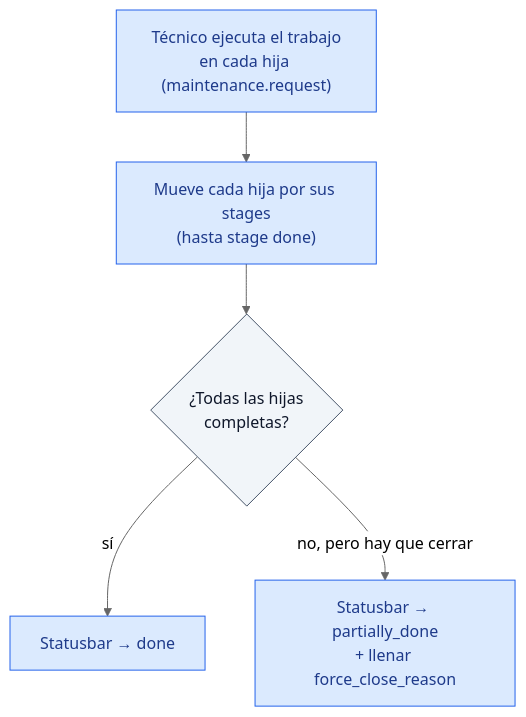
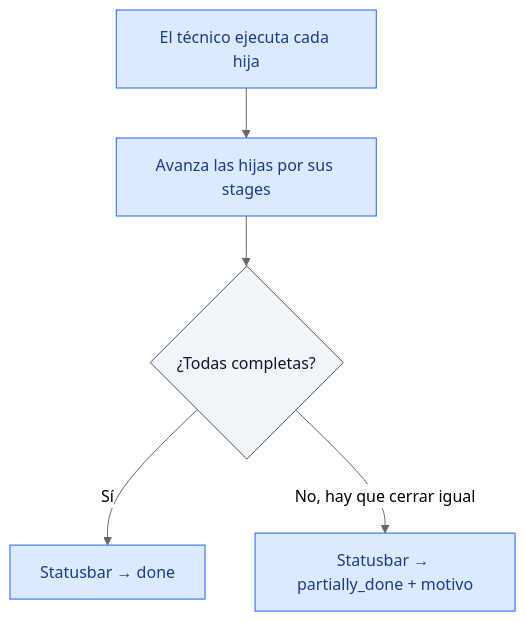
The sixth of 18 diagrams in maintenance_plan/PROCESOS_Y_FLUJOS.md (dcuerowe/odoo_con_mantenciones), drawn with Mermaid (neutral theme) before and after one commit. The commit also changed other lines of this file and 1 other file, not shown here.

Commit message:
Cambios dentro de maintenance_plan

````diff
--- a/maintenance_plan/PROCESOS_Y_FLUJOS.md
+++ b/maintenance_plan/PROCESOS_Y_FLUJOS.md
@@ -160,13 +175,13 @@
 ```mermaid
 flowchart TD
-    A["Técnico ejecuta el trabajo<br/>en cada hija (maintenance.request)"]:::manual
-    B["Mueve cada hija por sus stages<br/>(hasta stage done)"]:::manual
-    C{"¿Todas las hijas<br/>completas?"}:::dec
+    A["El técnico ejecuta cada hija"]:::manual
+    B["Avanza las hijas por sus stages"]:::manual
+    C{"¿Todas completas?"}:::dec
     D["Statusbar → done"]:::manual
-    E["Statusbar → partially_done<br/>+ llenar force_close_reason"]:::manual
-    C -->|sí| D
-    C -->|no, pero hay que cerrar| E
+    E["Statusbar → partially_done + motivo"]:::manual
     A --> B --> C
+    C -->|Sí| D
+    C -->|No, hay que cerrar igual| E
     classDef manual fill:#dbeafe,stroke:#2563eb,color:#1e3a8a;
     classDef dec fill:#f1f5f9,stroke:#475569,color:#0f172a;
 ```
````
